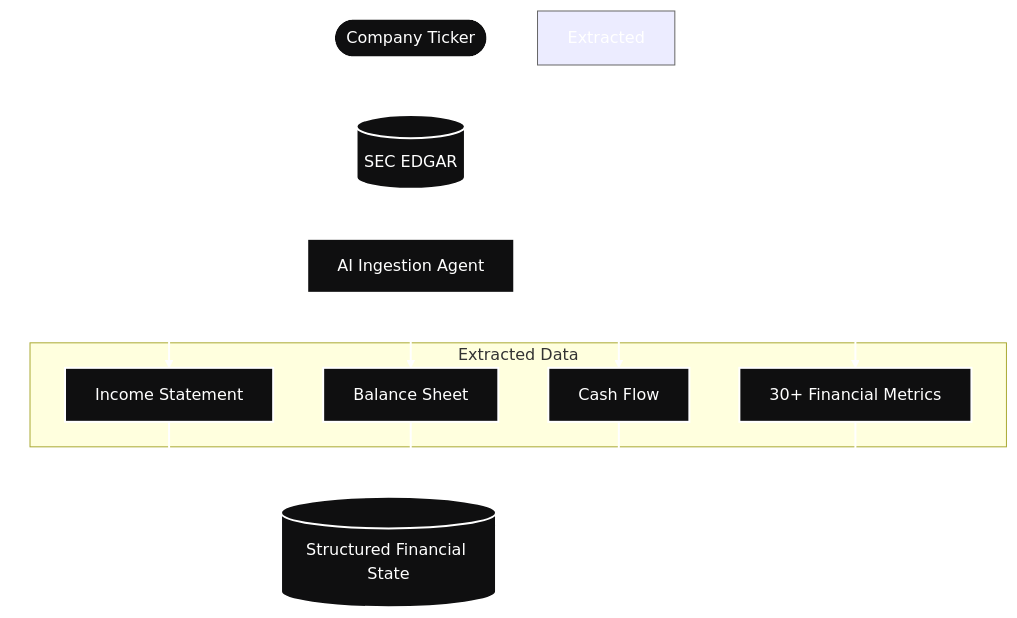
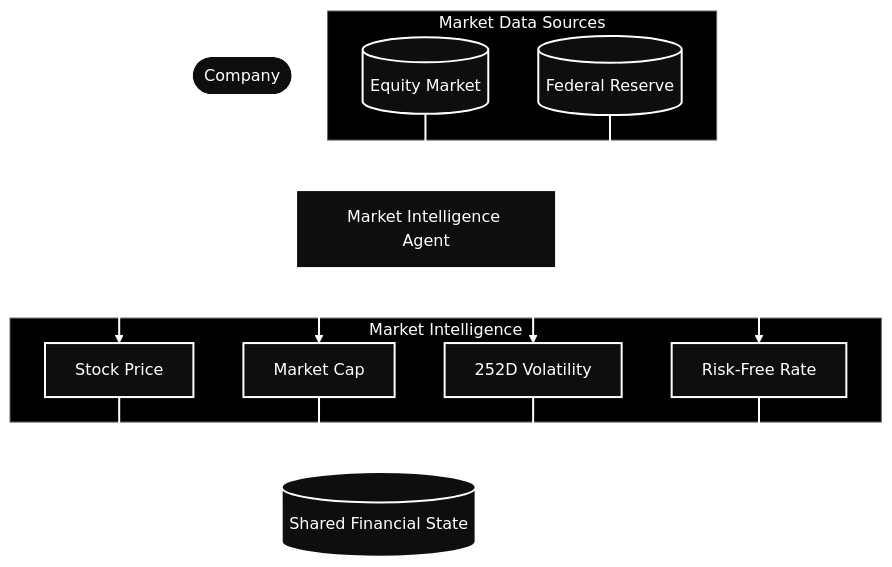
The diagram in README.md (Shiva498689/GDG_PS), drawn with Mermaid before and after one commit.

````diff
--- a/README.md
+++ b/README.md
@@ -1,40 +1,54 @@
 ```mermaid
 flowchart TB
 
-    TICKER([Company Ticker])
+    TICKER([Company])
 
-    SEC[(SEC EDGAR)]
+    subgraph SOURCES["Market Data Sources"]
 
-    AGENT["AI Ingestion Agent"]
+        PRICE[(Equity Market)]
 
-    OUTPUT[(Structured Financial State)]
+        FRED[(Federal Reserve)]
 
-    TICKER --> SEC
-    SEC --> AGENT
-    AGENT --> OUTPUT
-
-    subgraph Extracted Data
-        IS[Income Statement]
-        BS[Balance Sheet]
-        CF[Cash Flow]
-        METRICS[30+ Financial Metrics]
     end
 
-    AGENT --> IS
-    AGENT --> BS
-    AGENT --> CF
-    AGENT --> METRICS
+    AGENT["Market Intelligence Agent"]
 
-    IS --> OUTPUT
-    BS --> OUTPUT
-    CF --> OUTPUT
-    METRICS --> OUTPUT
+    subgraph FEATURES["Market Intelligence"]
 
-    classDef dark fill:#0F0F10,stroke:#FFFFFF,color:#FFFFFF,stroke-width:2px;
+        P["Stock Price"]
 
-    class TICKER,SEC,AGENT,OUTPUT,IS,BS,CF,METRICS dark;
+        M["Market Cap"]
 
-    style Extracted Data fill:#000000,stroke:#666666,color:#FFFFFF
+        V["252D Volatility"]
+
+        R["Risk-Free Rate"]
+
+    end
+
+    OUTPUT[(Shared Financial State)]
+
+    TICKER --> AGENT
+
+    PRICE --> AGENT
+    FRED --> AGENT
+
+    AGENT --> P
+    AGENT --> M
+    AGENT --> V
+    AGENT --> R
+
+    P --> OUTPUT
+    M --> OUTPUT
+    V --> OUTPUT
+    R --> OUTPUT
+
+    classDef dark fill:#0E0E0E,stroke:#FFFFFF,color:#FFFFFF,stroke-width:2px;
+
+    class TICKER,PRICE,FRED,AGENT,P,M,V,R,OUTPUT dark;
+
+    style SOURCES fill:#000000,stroke:#666666,color:#FFFFFF
+
+    style FEATURES fill:#000000,stroke:#666666,color:#FFFFFF
 
     linkStyle default stroke:#FFFFFF,stroke-width:2px
 ```
````
